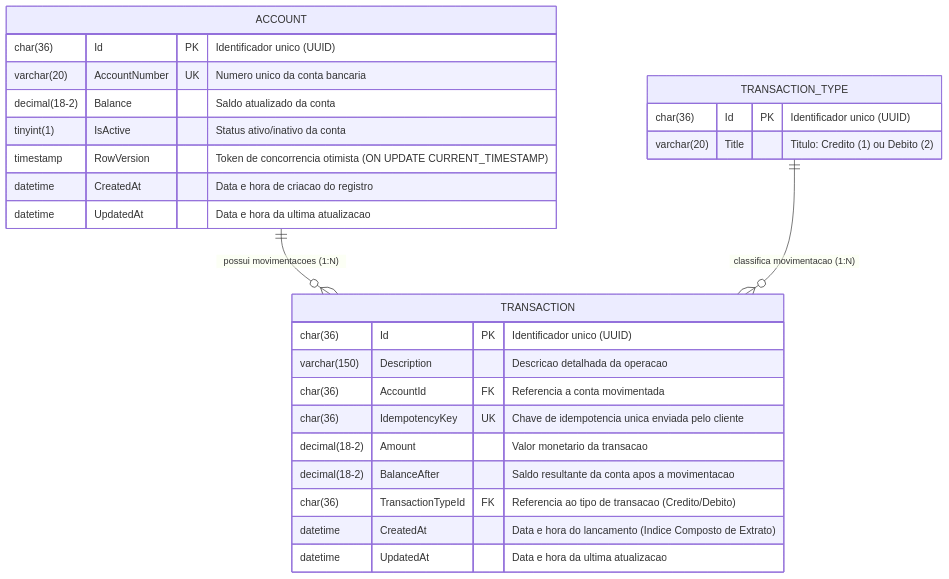
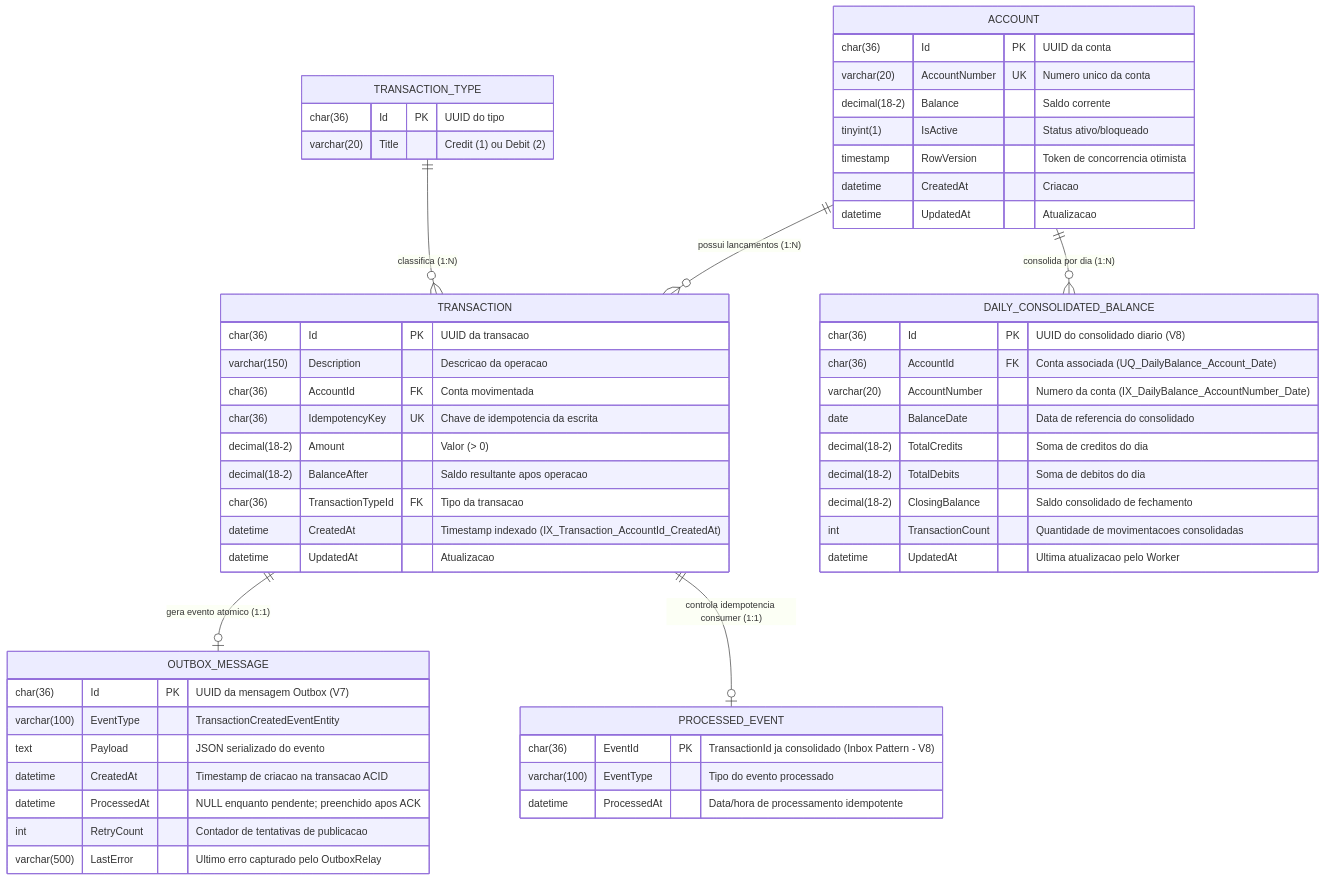
The fourth of 5 diagrams in README.md (lviana29/ChallengeBankingTransactionCoreApi), drawn with Mermaid before and after one commit. The commit also changed other lines of this file and 74 other files, not shown here.

````diff
--- a/README.md
+++ b/README.md
@@ -144,32 +139,63 @@
 ```mermaid
 erDiagram
-    ACCOUNT ||--o{ TRANSACTION : "possui movimentacoes (1:N)"
-    TRANSACTION_TYPE ||--o{ TRANSACTION : "classifica movimentacao (1:N)"
+    ACCOUNT ||--o{ TRANSACTION : "possui lancamentos (1:N)"
+    ACCOUNT ||--o{ DAILY_CONSOLIDATED_BALANCE : "consolida por dia (1:N)"
+    TRANSACTION_TYPE ||--o{ TRANSACTION : "classifica (1:N)"
+    TRANSACTION ||--o| OUTBOX_MESSAGE : "gera evento atomico (1:1)"
+    TRANSACTION ||--o| PROCESSED_EVENT : "controla idempotencia consumer (1:1)"
 
     ACCOUNT {
-        char(36) Id PK "Identificador unico (UUID)"
-        varchar(20) AccountNumber UK "Numero unico da conta bancaria"
-        decimal(18-2) Balance "Saldo atualizado da conta"
-        tinyint(1) IsActive "Status ativo/inativo da conta"
-        timestamp RowVersion "Token de concorrencia otimista (ON UPDATE CURRENT_TIMESTAMP)"
-        datetime CreatedAt "Data e hora de criacao do registro"
-        datetime UpdatedAt "Data e hora da ultima atualizacao"
+        char(36) Id PK "UUID da conta"
+        varchar(20) AccountNumber UK "Numero unico da conta"
+        decimal(18-2) Balance "Saldo corrente"
+        tinyint(1) IsActive "Status ativo/bloqueado"
+        timestamp RowVersion "Token de concorrencia otimista"
+        datetime CreatedAt "Criacao"
+        datetime UpdatedAt "Atualizacao"
     }
 
     TRANSACTION_TYPE {
-        char(36) Id PK "Identificador unico (UUID)"
-        varchar(20) Title "Titulo: Credito (1) ou Debito (2)"
+        char(36) Id PK "UUID do tipo"
+        varchar(20) Title "Credit (1) ou Debit (2)"
     }
 
     TRANSACTION {
-        char(36) Id PK "Identificador unico (UUID)"
-        varchar(150) Description "Descricao detalhada da operacao"
-        char(36) AccountId FK "Referencia a conta movimentada"
-        char(36) IdempotencyKey UK "Chave de idempotencia unica enviada pelo cliente"
-        decimal(18-2) Amount "Valor monetario da transacao"
-        decimal(18-2) BalanceAfter "Saldo resultante da conta apos a movimentacao"
-        char(36) TransactionTypeId FK "Referencia ao tipo de transacao (Credito/Debito)"
-        datetime CreatedAt "Data e hora do lancamento (Indice Composto de Extrato)"
-        datetime UpdatedAt "Data e hora da ultima atualizacao"
+        char(36) Id PK "UUID da transacao"
+        varchar(150) Description "Descricao da operacao"
+        char(36) AccountId FK "Conta movimentada"
+        char(36) IdempotencyKey UK "Chave de idempotencia da escrita"
+        decimal(18-2) Amount "Valor (> 0)"
+        decimal(18-2) BalanceAfter "Saldo resultante apos operacao"
+        char(36) TransactionTypeId FK "Tipo da transacao"
+        datetime CreatedAt "Timestamp indexado (IX_Transaction_AccountId_CreatedAt)"
+        datetime UpdatedAt "Atualizacao"
+    }
+
+    OUTBOX_MESSAGE {
+        char(36) Id PK "UUID da mensagem Outbox (V7)"
+        varchar(100) EventType "TransactionCreatedEventEntity"
+        text Payload "JSON serializado do evento"
+        datetime CreatedAt "Timestamp de criacao na transacao ACID"
+        datetime ProcessedAt "NULL enquanto pendente; preenchido apos ACK"
+        int RetryCount "Contador de tentativas de publicacao"
+        varchar(500) LastError "Ultimo erro capturado pelo OutboxRelay"
+    }
+
+    DAILY_CONSOLIDATED_BALANCE {
+        char(36) Id PK "UUID do consolidado diario (V8)"
+        char(36) AccountId FK "Conta associada (UQ_DailyBalance_Account_Date)"
+        varchar(20) AccountNumber "Numero da conta (IX_DailyBalance_AccountNumber_Date)"
+        date BalanceDate "Data de referencia do consolidado"
+        decimal(18-2) TotalCredits "Soma de creditos do dia"
+        decimal(18-2) TotalDebits "Soma de debitos do dia"
+        decimal(18-2) ClosingBalance "Saldo consolidado de fechamento"
+        int TransactionCount "Quantidade de movimentacoes consolidadas"
+        datetime UpdatedAt "Ultima atualizacao pelo Worker"
+    }
+
+    PROCESSED_EVENT {
+        char(36) EventId PK "TransactionId ja consolidado (Inbox Pattern - V8)"
+        varchar(100) EventType "Tipo do evento processado"
+        datetime ProcessedAt "Data/hora de processamento idempotente"
     }
 ```
````
